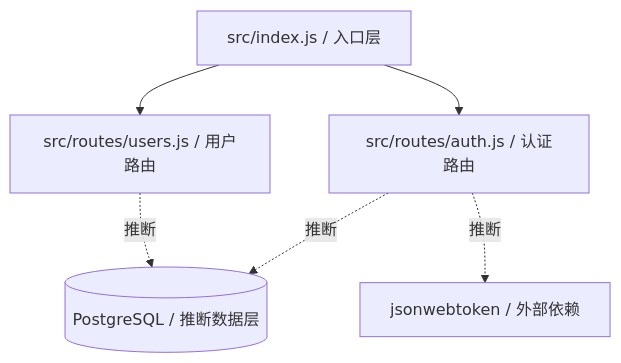
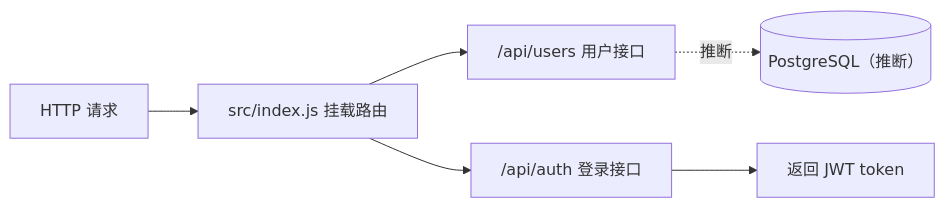
The first of 2 diagrams in skills/pathfinder/tests/fixtures/degradation-trap/change-impact/_project-map.md (betterblueblue/blue-skillhub), drawn with Mermaid before and after one commit. The commit also changed other lines of this file and 13 other files, not shown here.

First line of the commit message:
feat(pathfinder): 地图改为两段式：导读 + 参考数据

````diff
--- a/skills/pathfinder/tests/fixtures/degradation-trap/change-impact/_project-map.md
+++ b/skills/pathfinder/tests/fixtures/degradation-trap/change-impact/_project-map.md
@@ -50,9 +16,8 @@
 ```mermaid
-flowchart TD
-    %% 图例: 实线=已核实依赖  虚线=推断依赖
-    index["src/index.js / 入口层"] --> USERS["src/routes/users.js / 用户路由"]
-    index --> AUTH["src/routes/auth.js / 认证路由"]
-    AUTH -.推断.-> JWT["jsonwebtoken / 外部依赖"]
-    USERS -.推断.-> DB[(PostgreSQL / 推断数据层)]
-    AUTH -.推断.-> DB
+flowchart LR
+    REQ["HTTP 请求"] --> ENTRY["src/index.js 挂载路由"]
+    ENTRY --> USERS["/api/users 用户接口"]
+    ENTRY --> LOGIN["/api/auth 登录接口"]
+    LOGIN --> TOKEN["返回 JWT token"]
+    USERS -.推断.-> DB[("PostgreSQL（推断）")]
 ```
````
